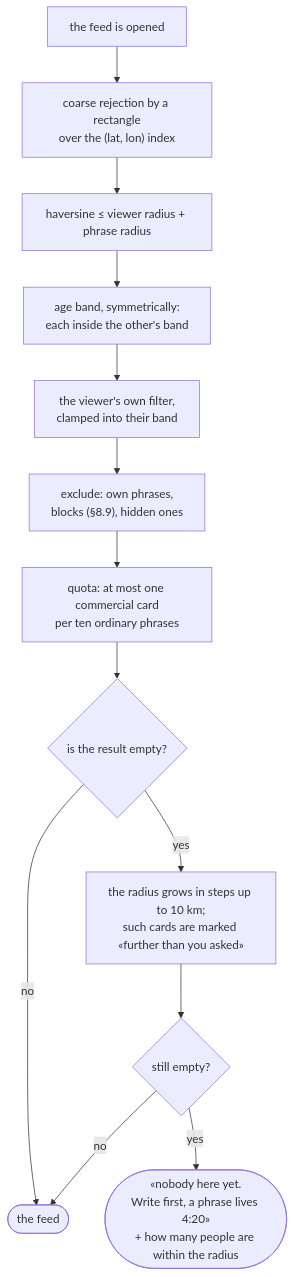
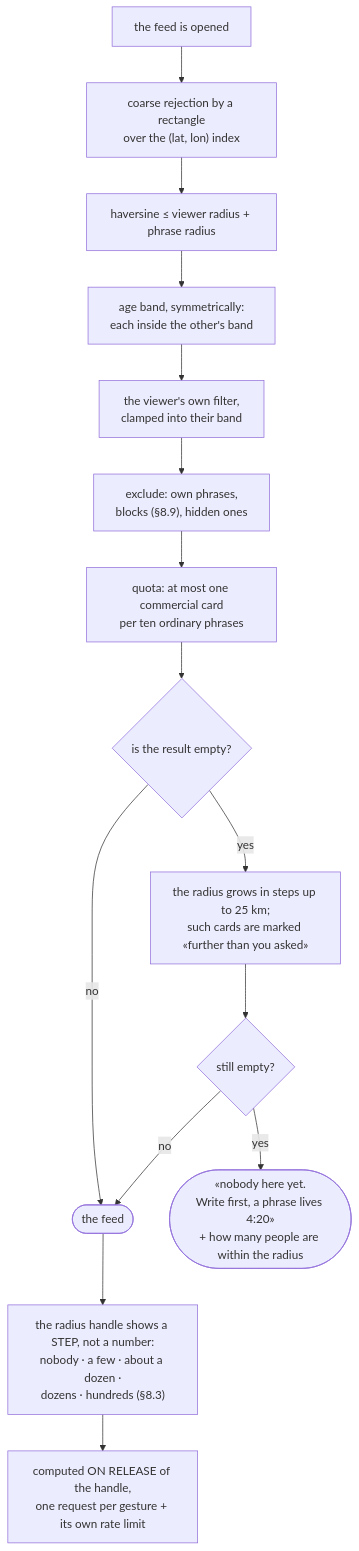
Before and after one commit to panov-id/xor.ad: the eighth of 30 diagrams in docs/chat-flows_EN.md, drawn with Mermaid. The commit also changed other lines of this file and 8 other files, not shown here.

````diff
--- a/docs/chat-flows_EN.md
+++ b/docs/chat-flows_EN.md
@@ -276,15 +276,17 @@
 ```mermaid
 flowchart TD
   ask["the feed is opened"] --> rect["coarse rejection by a rectangle<br/>over the #40;lat, lon#41; index"]
   rect --> hav["haversine ≤ viewer radius + phrase radius"]
   hav --> band["age band, symmetrically:<br/>each inside the other's band"]
   band --> filt["the viewer's own filter,<br/>clamped into their band"]
   filt --> excl["exclude: own phrases,<br/>blocks #40;§8.9#41;, hidden ones"]
   excl --> quota["quota: at most one commercial card<br/>per ten ordinary phrases"]
   quota --> empty{"is the result empty?"}
   empty -- "no" --> show(["the feed"])
-  empty -- "yes" --> grow["the radius grows in steps up to 10 km;<br/>such cards are marked «further than you asked»"]
+  empty -- "yes" --> grow["the radius grows in steps up to 25 km;<br/>such cards are marked «further than you asked»"]
+  show --> knob["the radius handle shows a STEP, not a number:<br/>nobody · a few · about a dozen ·<br/>dozens · hundreds #40;§8.3#41;"]
+  knob --> once["computed ON RELEASE of the handle,<br/>one request per gesture + its own rate limit"]
   grow --> empty2{"still empty?"}
   empty2 -- "no" --> show
   empty2 -- "yes" --> nobody(["«nobody here yet.<br/>Write first, a phrase lives 4:20»<br/>+ how many people are within the radius"])
 ```
````
